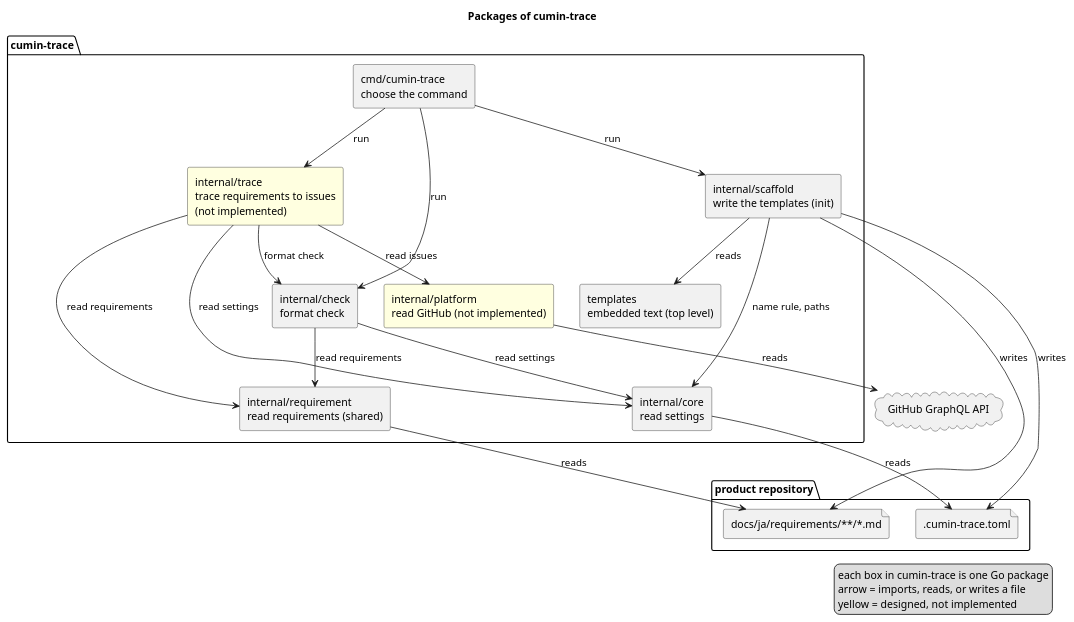
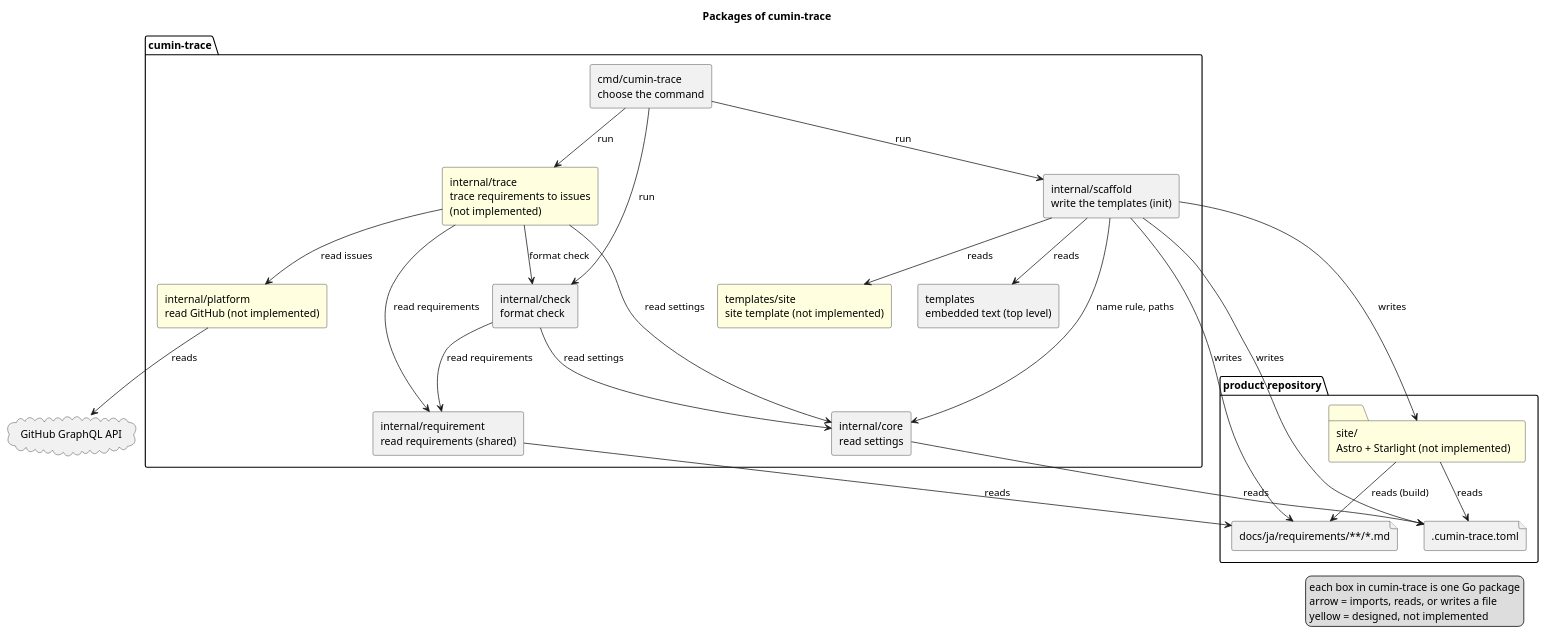
One commit to cloveclovedev/cumin-trace changed the diagram in docs/ja/architecture/overview.puml. Above: the diagram before and after it, drawn with PlantUML. The commit also changed 10 other files, not shown here.

```diff
--- a/docs/ja/architecture/overview.puml
+++ b/docs/ja/architecture/overview.puml
@@ -1,46 +1,52 @@
 @startuml overview
 title Packages of cumin-trace
 skinparam shadowing false
 skinparam componentStyle rectangle
 
 package "product repository" {
   file ".cumin-trace.toml" as toml
   file "docs/ja/requirements/**/*.md" as docs
+  folder "site/\nAstro + Starlight (not implemented)" as site #LightYellow
 }
 
 package "cumin-trace" {
   [cmd/cumin-trace\nchoose the command] as cmd
   [internal/check\nformat check] as check
   [internal/requirement\nread requirements (shared)] as requirement
   [internal/core\nread settings] as core
   [internal/scaffold\nwrite the templates (init)] as scaffold
   [templates\nembedded text (top level)] as templates
+  [templates/site\nsite template (not implemented)] as tsite #LightYellow
   [internal/trace\ntrace requirements to issues\n(not implemented)] as trace #LightYellow
   [internal/platform\nread GitHub (not implemented)] as platform #LightYellow
 }
 
 cloud "GitHub GraphQL API" as api
 
 cmd --> check : run
 cmd --> scaffold : run
 cmd --> trace : run
 trace --> check : format check
 trace --> requirement : read requirements
 trace --> core : read settings
 trace --> platform : read issues
 platform --> api : reads
 scaffold --> templates : reads
 scaffold --> core : name rule, paths
 scaffold --> toml : writes
 scaffold --> docs : writes
+scaffold --> tsite : reads
+scaffold --> site : writes
+site --> toml : reads
+site --> docs : reads (build)
 check --> requirement : read requirements
 check --> core : read settings
 core --> toml : reads
 requirement --> docs : reads
 
 legend right
   each box in cumin-trace is one Go package
   arrow = imports, reads, or writes a file
   yellow = designed, not implemented
 endlegend
 @enduml
```
